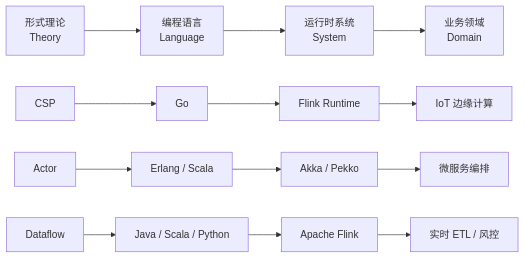
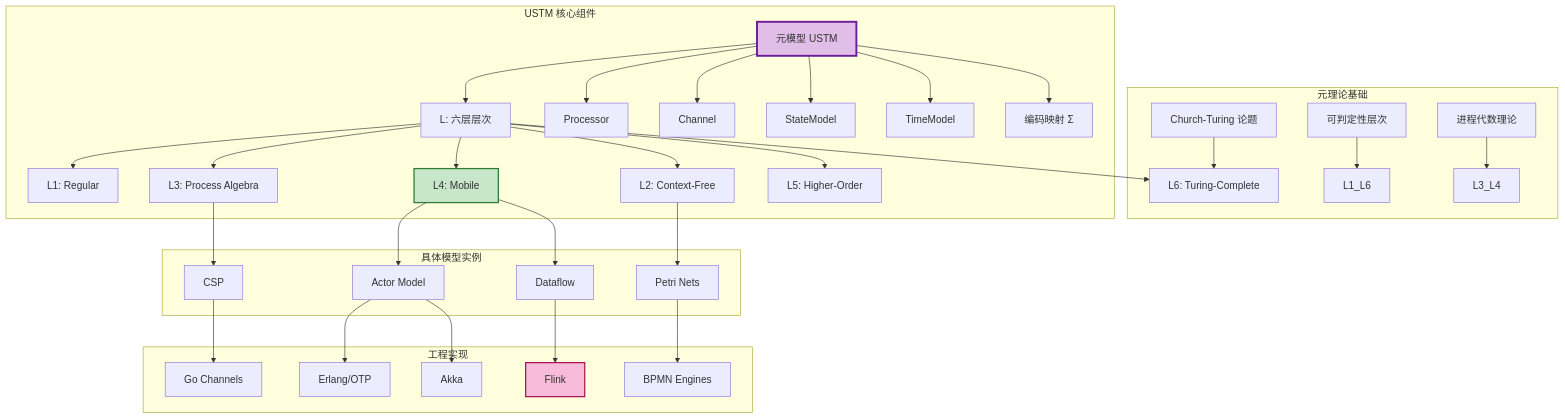
Before and after one commit to AdaMartin18010/AnalysisDataFlow: the first of 2 diagrams in Struct/01-foundation/01.01-unified-streaming-theory.md, drawn with Mermaid. The commit also changed other lines of this file and 10 other files, not shown here.

````diff
--- a/Struct/01-foundation/01.01-unified-streaming-theory.md
+++ b/Struct/01-foundation/01.01-unified-streaming-theory.md
@@ -170,18 +468,43 @@
 ```mermaid
-graph LR
-    A[形式理论<br/>Theory] --> B[编程语言<br/>Language]
-    B --> C[运行时系统<br/>System]
-    C --> D[业务领域<br/>Domain]
+graph TB
+    subgraph "元理论基础"
+        A1[Church-Turing 论题] --> L6
+        A2[可判定性层次] --> L1_L6
+        A3[进程代数理论] --> L3_L4
+    end
 
-    A1[CSP] --> B1[Go]
-    A2[Actor] --> B2[Erlang / Scala]
-    A3[Dataflow] --> B3[Java / Scala / Python]
+    subgraph "USTM 核心组件"
+        MM[元模型 USTM] --> L[L: 六层层次]
+        MM --> P[Processor]
+        MM --> C[Channel]
+        MM --> S[StateModel]
+        MM --> T[TimeModel]
+        MM --> Sigma[编码映射 Σ]
 
-    B1 --> C1[Flink Runtime]
-    B2 --> C2[Akka / Pekko]
-    B3 --> C3[Apache Flink]
+        L --> L1[L1: Regular]
+        L --> L2[L2: Context-Free]
+        L --> L3[L3: Process Algebra]
+        L --> L4[L4: Mobile]
+        L --> L5[L5: Higher-Order]
+        L --> L6[L6: Turing-Complete]
+    end
 
-    C1 --> D1[IoT 边缘计算]
-    C2 --> D2[微服务编排]
-    C3 --> D3[实时 ETL / 风控]
+    subgraph "具体模型实例"
+        L3 --> CSP[CSP]
+        L4 --> Actor[Actor Model]
+        L4 --> Dataflow[Dataflow]
+        L2 --> Petri[Petri Nets]
+    end
+
+    subgraph "工程实现"
+        CSP --> Go[Go Channels]
+        Actor --> Erlang[Erlang/OTP]
+        Actor --> Akka[Akka]
+        Dataflow --> Flink[Flink]
+        Petri --> BPMN[BPMN Engines]
+    end
+
+    style MM fill:#e1bee7,stroke:#6a1b9a,stroke-width:3px
+    style L4 fill:#c8e6c9,stroke:#2e7d32,stroke-width:2px
+    style Flink fill:#f8bbd9,stroke:#ad1457,stroke-width:2px
 ```
````
